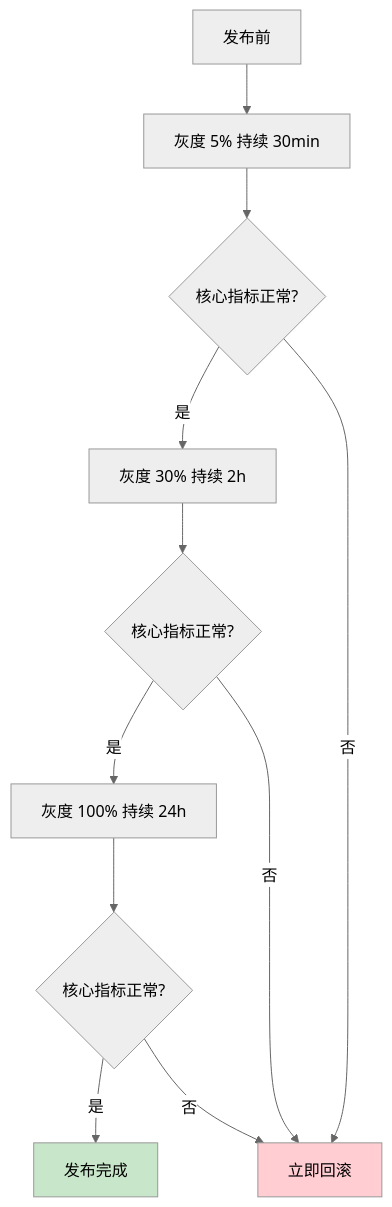
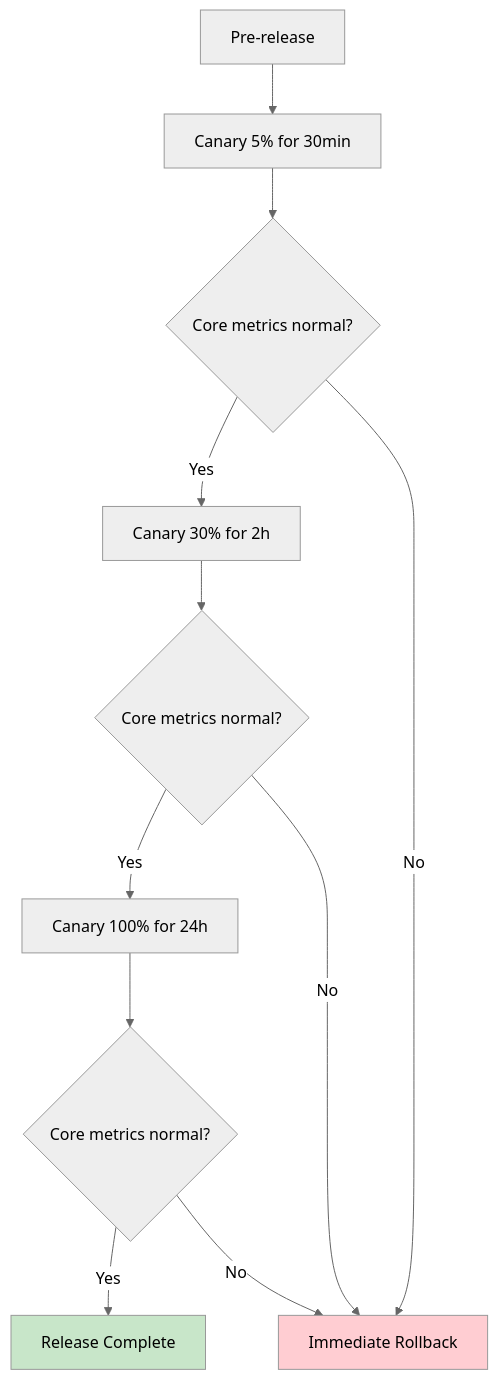
One commit to Kirky-X/cangjie changed the third of 3 diagrams in templates/产品/退役层/【模板】复盘报告.md. Above: the diagram before and after it, drawn with Mermaid (neutral theme). The commit also changed other lines of this file and 12 other files, not shown here.

````diff
--- a/templates/产品/退役层/【模板】复盘报告.md
+++ b/templates/产品/退役层/【模板】复盘报告.md
@@ -285,15 +285,15 @@
 ```mermaid
 flowchart TD
-    A[发布前] --> B[灰度 5% 持续 30min]
-    B --> C{核心指标正常?}
-    C -->|是| D[灰度 30% 持续 2h]
-    C -->|否| Z[立即回滚]
-    D --> E{核心指标正常?}
-    E -->|是| F[灰度 100% 持续 24h]
-    E -->|否| Z
-    F --> G{核心指标正常?}
-    G -->|是| H[发布完成]
-    G -->|否| Z
+    A[Pre-release] --> B[Canary 5% for 30min]
+    B --> C{Core metrics normal?}
+    C -->|Yes| D[Canary 30% for 2h]
+    C -->|No| Z[Immediate Rollback]
+    D --> E{Core metrics normal?}
+    E -->|Yes| F[Canary 100% for 24h]
+    E -->|No| Z
+    F --> G{Core metrics normal?}
+    G -->|Yes| H[Release Complete]
+    G -->|No| Z
     style Z fill:#ffcdd2
     style H fill:#c8e6c9
 ```
````
